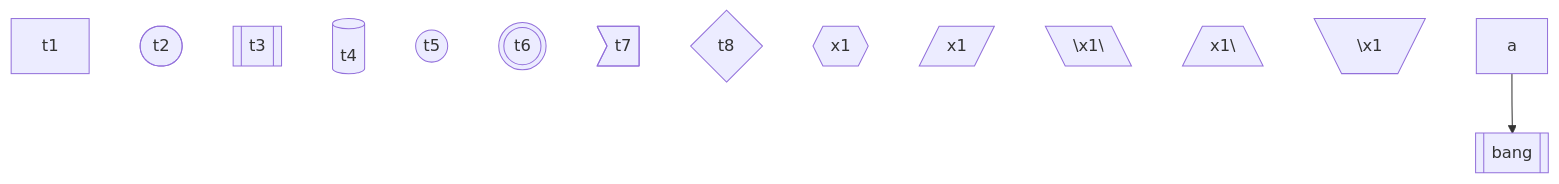
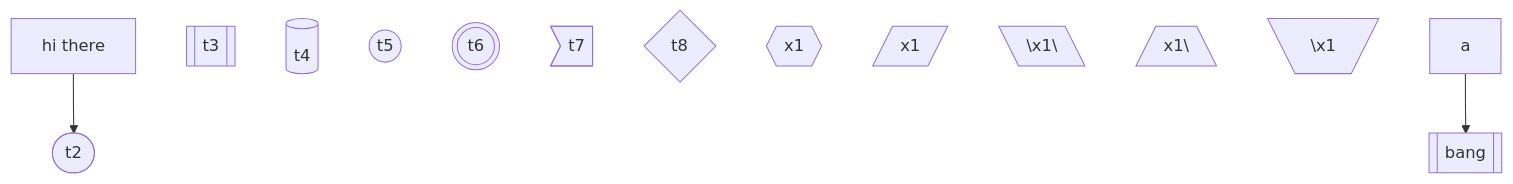
The first of 2 diagrams in src/mermaid-flowchart-all-types.md (bunnybones1/merrow), drawn with Mermaid before and after one commit. The commit also changed other lines of this file and 10 other files, not shown here.

Commit message:
beauty and ux - added html labels - removed FXAA - added more materials - change shapes and materials based on emojis in graph - minor cleanup - improved light - improved subgraph rendering

````diff
--- a/src/mermaid-flowchart-all-types.md
+++ b/src/mermaid-flowchart-all-types.md
@@ -1,19 +3,20 @@
 ```mermaid
 flowchart 
 
-square[t1]
+square[hi there]
 stadium([t2])
 subroutine[[t3]]
 cylinder[(t4)]
 circle((t5))
 doublecircle(((t6)))
 odd>t7]
 diamond{t8}
 hexagon{{x1}}
 lean_right[/x1/]
 lean_left[\\x1\\]
 trapezoid[/x1\\]
 inv_trapezoid[\\x1/]
 
+square --> stadium
 a --> b[[bang]]
 ```
````
